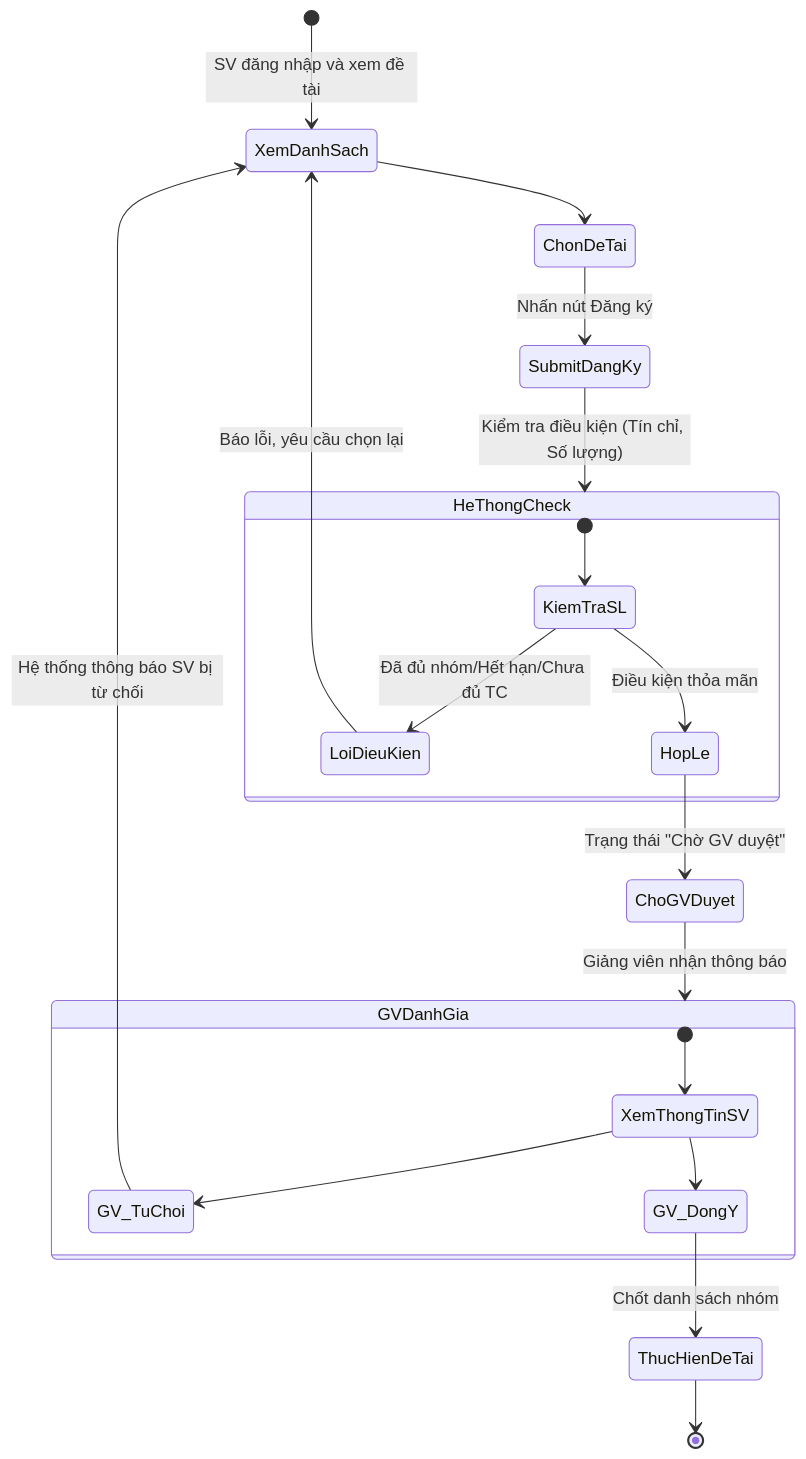
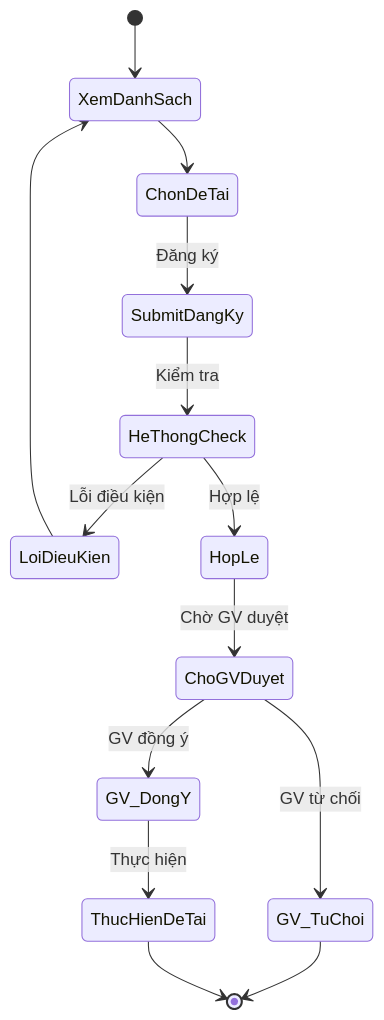
One commit to QuocVu00/luu-tam changed the sixth of 10 diagrams in diagrams_research_thesis_portal.md. Above: the diagram before and after it, drawn with Mermaid. The commit also changed other lines of this file, not shown here.

Commit message:
Fix Mermaid diagrams to render correctly in GitHub preview and update the markdown document.

````diff
--- a/diagrams_research_thesis_portal.md
+++ b/diagrams_research_thesis_portal.md
@@ -162,28 +171,19 @@
 ```mermaid
 stateDiagram-v2
-    [*] --> XemDanhSach : SV đăng nhập và xem đề tài
+    [*] --> XemDanhSach
     XemDanhSach --> ChonDeTai
-    ChonDeTai --> SubmitDangKy : Nhấn nút Đăng ký
-    SubmitDangKy --> HeThongCheck : Kiểm tra điều kiện (Tín chỉ, Số lượng)
+    ChonDeTai --> SubmitDangKy: Đăng ký
+    SubmitDangKy --> HeThongCheck: Kiểm tra
 
-    state HeThongCheck {
-        [*] --> KiemTraSL
-        KiemTraSL --> LoiDieuKien : Đã đủ nhóm/Hết hạn/Chưa đủ TC
-        KiemTraSL --> HopLe : Điều kiện thỏa mãn
-    }
+    HeThongCheck --> LoiDieuKien: Lỗi điều kiện
+    HeThongCheck --> HopLe: Hợp lệ
 
-    LoiDieuKien --> XemDanhSach : Báo lỗi, yêu cầu chọn lại
-    HopLe --> ChoGVDuyet : Trạng thái "Chờ GV duyệt"
+    LoiDieuKien --> XemDanhSach
+    HopLe --> ChoGVDuyet: Chờ GV duyệt
+    ChoGVDuyet --> GV_TuChoi: GV từ chối
+    ChoGVDuyet --> GV_DongY: GV đồng ý
 
-    ChoGVDuyet --> GVDanhGia : Giảng viên nhận thông báo
-
-    state GVDanhGia {
-        [*] --> XemThongTinSV
-        XemThongTinSV --> GV_TuChoi
-        XemThongTinSV --> GV_DongY
-    }
-
-    GV_TuChoi --> XemDanhSach : Hệ thống thông báo SV bị từ chối
-    GV_DongY --> ThucHienDeTai : Chốt danh sách nhóm
+    GV_TuChoi --> [*]
+    GV_DongY --> ThucHienDeTai: Thực hiện
     ThucHienDeTai --> [*]
 ```
````
